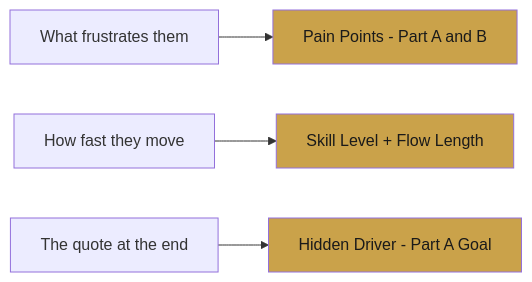
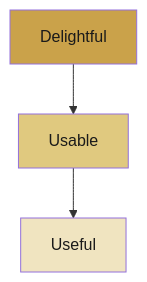
Before and after one commit to NikanEidi/UIX-by-Nik: the first of 5 diagrams in CheatSheet/uix544-cheatsheet.md, drawn with Mermaid. The commit also changed other lines of this file, not shown here.

````diff
--- a/CheatSheet/uix544-cheatsheet.md
+++ b/CheatSheet/uix544-cheatsheet.md
@@ -16,9 +21,7 @@
 ```mermaid
-flowchart LR
-    A[What frustrates them] --> B[Pain Points - Part A and B]
-    C[How fast they move] --> D[Skill Level + Flow Length]
-    E[The quote at the end] --> F[Hidden Driver - Part A Goal]
-    style B fill:#caa24a,color:#1a1a1a
-    style D fill:#caa24a,color:#1a1a1a
-    style F fill:#caa24a,color:#1a1a1a
+flowchart TB
+    A[Delightful] --> B[Usable] --> C[Useful]
+    style A fill:#caa24a,color:#1a1a1a
+    style B fill:#e0c97f,color:#1a1a1a
+    style C fill:#f0e4c0,color:#1a1a1a
 ```
````
